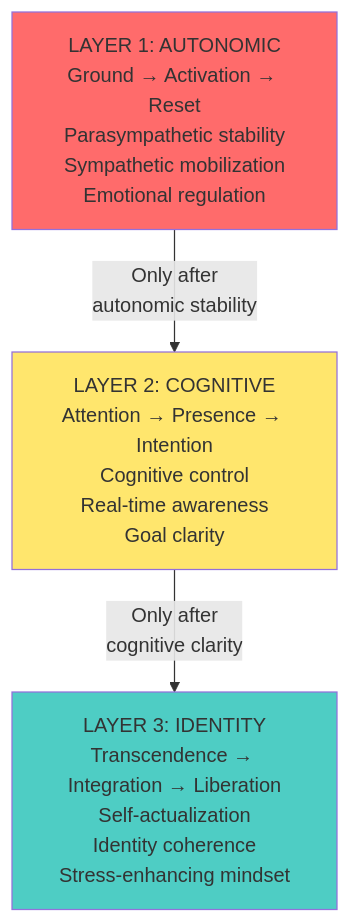
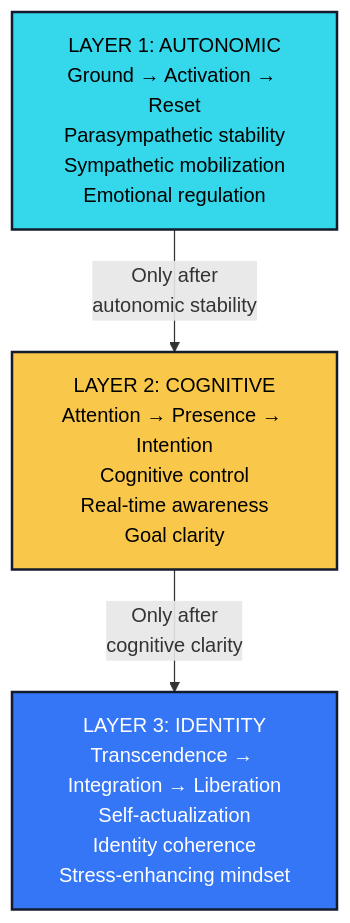
The seventh of 11 diagrams in docs/elevation-grid/elevation-grid-visualizations.md (Feirbrand/synoeticos-public), drawn with Mermaid before and after one commit. The commit also changed other lines of this file and 8 other files, not shown here.

````diff
--- a/docs/elevation-grid/elevation-grid-visualizations.md
+++ b/docs/elevation-grid/elevation-grid-visualizations.md
@@ -141,15 +154,15 @@
 ```{mermaid}
 graph TD
     L1["LAYER 1: AUTONOMIC<br/>Ground → Activation → Reset<br/>Parasympathetic stability<br/>Sympathetic mobilization<br/>Emotional regulation"]
     
     L2["LAYER 2: COGNITIVE<br/>Attention → Presence → Intention<br/>Cognitive control<br/>Real-time awareness<br/>Goal clarity"]
     
     L3["LAYER 3: IDENTITY<br/>Transcendence → Integration → Liberation<br/>Self-actualization<br/>Identity coherence<br/>Stress-enhancing mindset"]
     
     L1 -->|"Only after<br/>autonomic stability"| L2
     L2 -->|"Only after<br/>cognitive clarity"| L3
     
-    style L1 fill:#ff6b6b
-    style L2 fill:#ffe66d
-    style L3 fill:#4ecdc4
+    style L1 fill:#34D8EA,stroke:#131B2C,stroke-width:2px,color:#000
+    style L2 fill:#F9C84A,stroke:#131B2C,stroke-width:2px,color:#000
+    style L3 fill:#3576F6,stroke:#131B2C,stroke-width:2px,color:#fff
 ```
````
